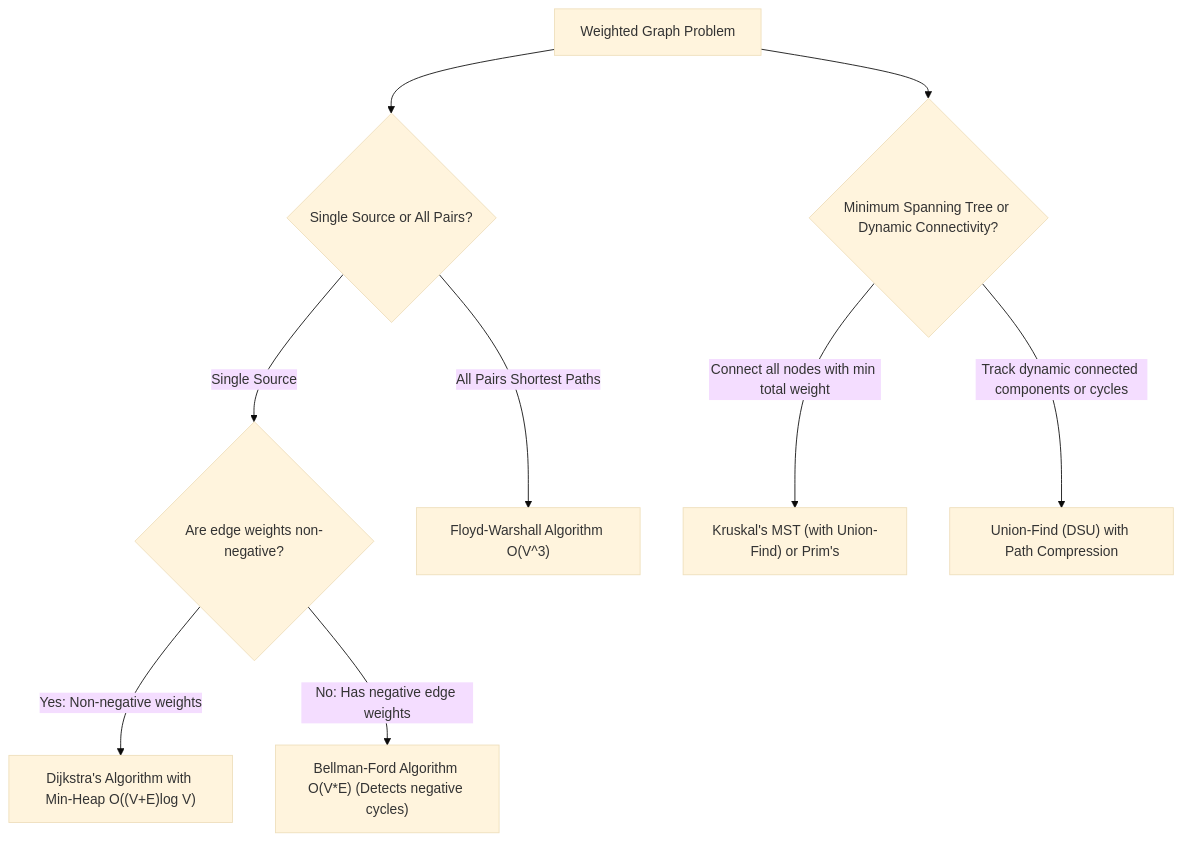
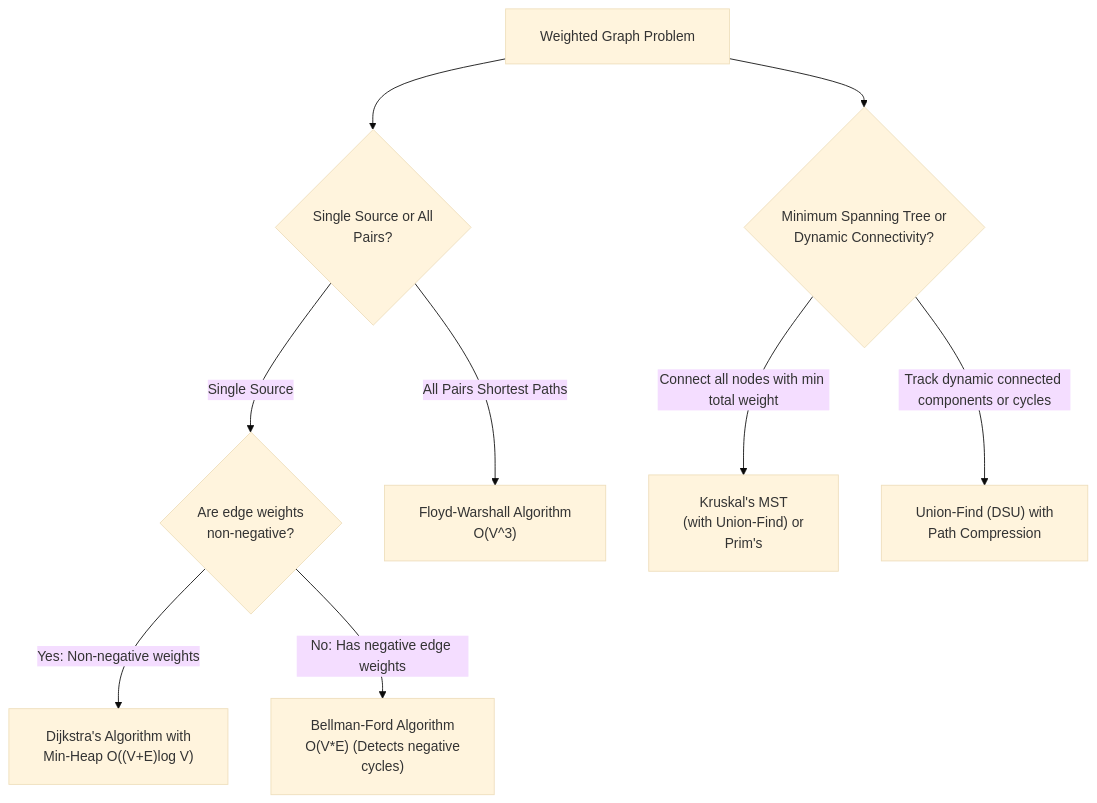
One commit to dip4k/DSA_102 changed the diagram in week_09_graph_algorithms_i/support files/Week_09_Problem_Solving_Roadmap.md. Above: the diagram before and after it, drawn with Mermaid (base theme). The commit also changed 108 other files, not shown here.

First line of the commit message:
fix(mermaid): resolve diagram clipping, padding, and syntax issues across repo

````diff
--- a/week_09_graph_algorithms_i/support files/Week_09_Problem_Solving_Roadmap.md
+++ b/week_09_graph_algorithms_i/support files/Week_09_Problem_Solving_Roadmap.md
@@ -31,11 +31,12 @@
 ```mermaid
+%%{init: {"flowchart": {"htmlLabels": true, "padding": 20}}}%%
 flowchart TD
-    Start["Weighted Graph Problem"] --> Q1{"Single Source or All Pairs?"}
-    Q1 -->|Single Source| Q2{"Are edge weights non-negative?"}
-    Q2 -->|Yes: Non-negative weights| P1["Dijkstra's Algorithm with Min-Heap O((V+E)log V)"]
-    Q2 -->|No: Has negative edge weights| P2["Bellman-Ford Algorithm O(V*E) (Detects negative cycles)"]
-    Q1 -->|All Pairs Shortest Paths| P3["Floyd-Warshall Algorithm O(V^3)"]
-    Start --> Q3{"Minimum Spanning Tree or Dynamic Connectivity?"}
-    Q3 -->|Connect all nodes with min total weight| P4["Kruskal's MST (with Union-Find) or Prim's"]
-    Q3 -->|Track dynamic connected components or cycles| P5["Union-Find (DSU) with Path Compression"]
+    Start["Weighted Graph Problem"] --> Q1{"Single Source or All<br/>Pairs?"}
+    Q1 -->|Single Source| Q2{"Are edge weights<br/>non-negative?"}
+    Q2 -->|Yes: Non-negative weights| P1["Dijkstra's Algorithm with<br/>Min-Heap O((V+E)log V)"]
+    Q2 -->|No: Has negative edge weights| P2["Bellman-Ford Algorithm<br/>O(V*E) (Detects negative<br/>cycles)"]
+    Q1 -->|All Pairs Shortest Paths| P3["Floyd-Warshall Algorithm<br/>O(V^3)"]
+    Start --> Q3{"Minimum Spanning Tree or<br/>Dynamic Connectivity?"}
+    Q3 -->|Connect all nodes with min total weight| P4["Kruskal's MST<br/>(with Union-Find) or<br/>Prim's"]
+    Q3 -->|Track dynamic connected components or cycles| P5["Union-Find (DSU) with<br/>Path Compression"]
 ```
````
